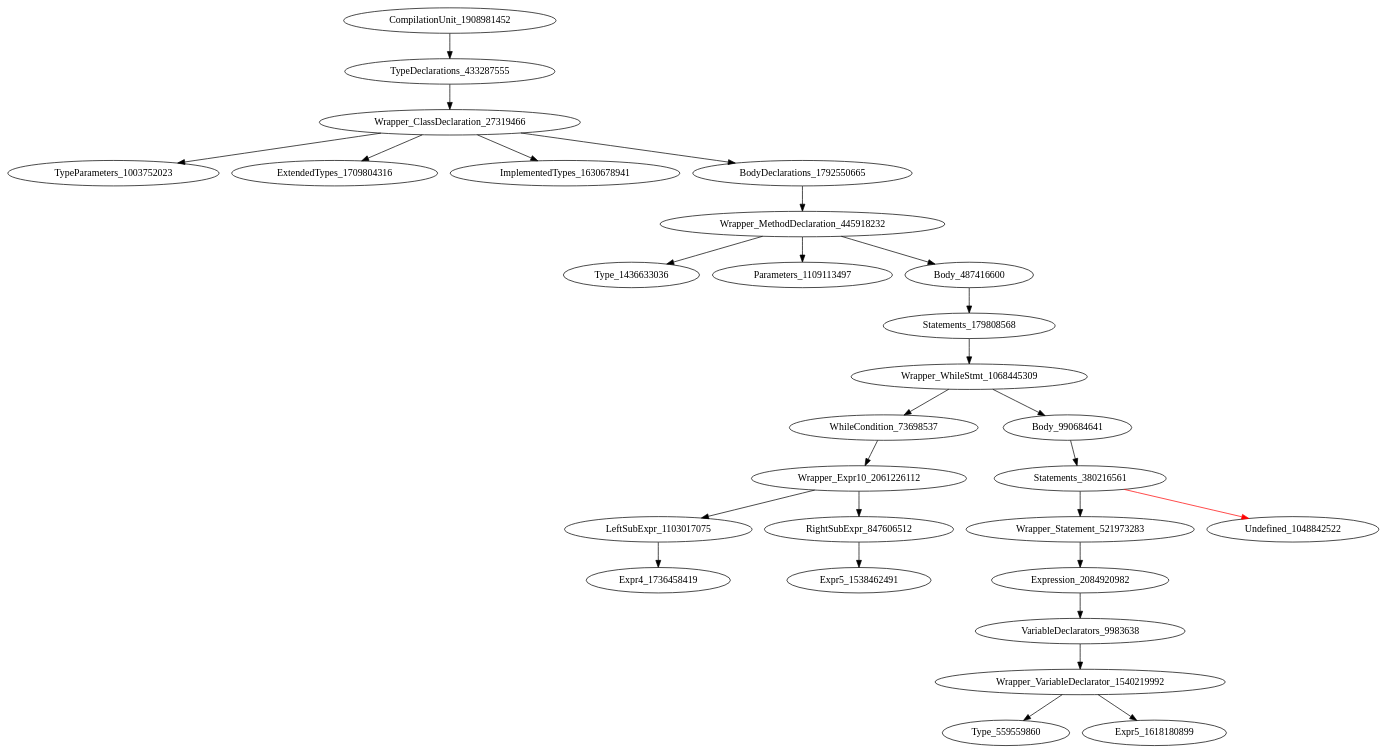
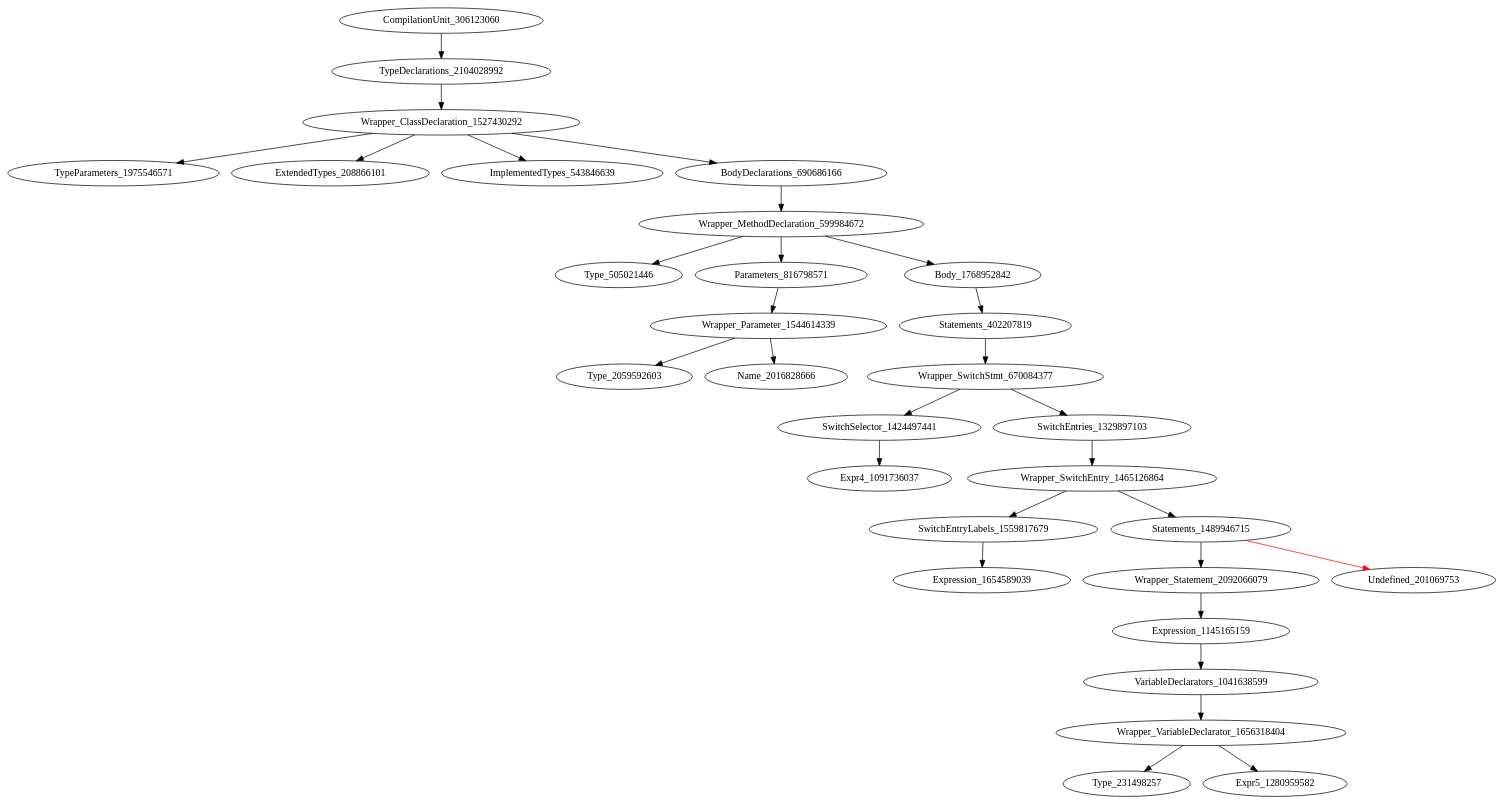
One commit to icse2023material/VoiceJava changed the diagram in holeAST.dot. Above: the diagram before and after it, drawn with Graphviz. The commit also changed 5 other files, not shown here.

Commit message:
[fix] SwitchEntry support define local variables

```diff
--- a/holeAST.dot
+++ b/holeAST.dot
@@ -1,29 +1,31 @@
 digraph {
-CompilationUnit_1908981452 -> TypeDeclarations_433287555
-TypeDeclarations_433287555 -> Wrapper_ClassDeclaration_27319466
-Wrapper_ClassDeclaration_27319466 -> TypeParameters_1003752023
-Wrapper_ClassDeclaration_27319466 -> ExtendedTypes_1709804316
-Wrapper_ClassDeclaration_27319466 -> ImplementedTypes_1630678941
-Wrapper_ClassDeclaration_27319466 -> BodyDeclarations_1792550665
-BodyDeclarations_1792550665 -> Wrapper_MethodDeclaration_445918232
-Wrapper_MethodDeclaration_445918232 -> Type_1436633036
-Wrapper_MethodDeclaration_445918232 -> Parameters_1109113497
-Wrapper_MethodDeclaration_445918232 -> Body_487416600
-Body_487416600 -> Statements_179808568
-Statements_179808568 -> Wrapper_WhileStmt_1068445309
-Wrapper_WhileStmt_1068445309 -> WhileCondition_73698537
-Wrapper_WhileStmt_1068445309 -> Body_990684641
-WhileCondition_73698537 -> Wrapper_Expr10_2061226112
-Body_990684641 -> Statements_380216561
-Wrapper_Expr10_2061226112 -> LeftSubExpr_1103017075
-Wrapper_Expr10_2061226112 -> RightSubExpr_847606512
-Statements_380216561 -> Wrapper_Statement_521973283
-Statements_380216561 -> Undefined_1048842522 [color = red] 
-LeftSubExpr_1103017075 -> Expr4_1736458419
-RightSubExpr_847606512 -> Expr5_1538462491
-Wrapper_Statement_521973283 -> Expression_2084920982
-Expression_2084920982 -> VariableDeclarators_9983638
-VariableDeclarators_9983638 -> Wrapper_VariableDeclarator_1540219992
-Wrapper_VariableDeclarator_1540219992 -> Type_559559860
-Wrapper_VariableDeclarator_1540219992 -> Expr5_1618180899
+CompilationUnit_306123060 -> TypeDeclarations_2104028992
+TypeDeclarations_2104028992 -> Wrapper_ClassDeclaration_1527430292
+Wrapper_ClassDeclaration_1527430292 -> TypeParameters_1975546571
+Wrapper_ClassDeclaration_1527430292 -> ExtendedTypes_208866101
+Wrapper_ClassDeclaration_1527430292 -> ImplementedTypes_543846639
+Wrapper_ClassDeclaration_1527430292 -> BodyDeclarations_690686166
+BodyDeclarations_690686166 -> Wrapper_MethodDeclaration_599984672
+Wrapper_MethodDeclaration_599984672 -> Type_505021446
+Wrapper_MethodDeclaration_599984672 -> Parameters_816798571
+Wrapper_MethodDeclaration_599984672 -> Body_1768952842
+Parameters_816798571 -> Wrapper_Parameter_1544614339
+Body_1768952842 -> Statements_402207819
+Wrapper_Parameter_1544614339 -> Type_2059592603
+Wrapper_Parameter_1544614339 -> Name_2016828666
+Statements_402207819 -> Wrapper_SwitchStmt_670084377
+Wrapper_SwitchStmt_670084377 -> SwitchSelector_1424497441
+Wrapper_SwitchStmt_670084377 -> SwitchEntries_1329897103
+SwitchSelector_1424497441 -> Expr4_1091736037
+SwitchEntries_1329897103 -> Wrapper_SwitchEntry_1465126864
+Wrapper_SwitchEntry_1465126864 -> SwitchEntryLabels_1559817679
+Wrapper_SwitchEntry_1465126864 -> Statements_1489946715
+SwitchEntryLabels_1559817679 -> Expression_1654589039
+Statements_1489946715 -> Wrapper_Statement_2092066079
+Statements_1489946715 -> Undefined_201069753 [color = red] 
+Wrapper_Statement_2092066079 -> Expression_1145165159
+Expression_1145165159 -> VariableDeclarators_1041638599
+VariableDeclarators_1041638599 -> Wrapper_VariableDeclarator_1656318404
+Wrapper_VariableDeclarator_1656318404 -> Type_231498257
+Wrapper_VariableDeclarator_1656318404 -> Expr5_1280959582
 }
```
